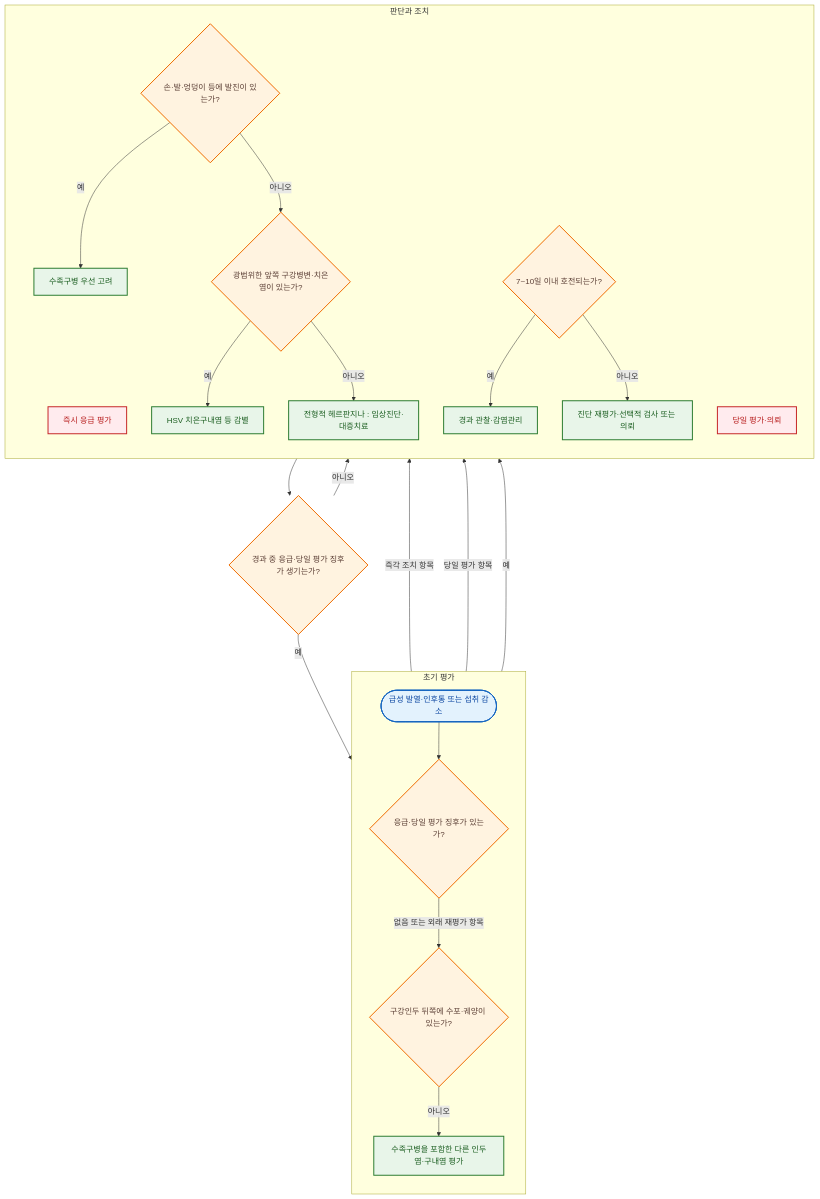
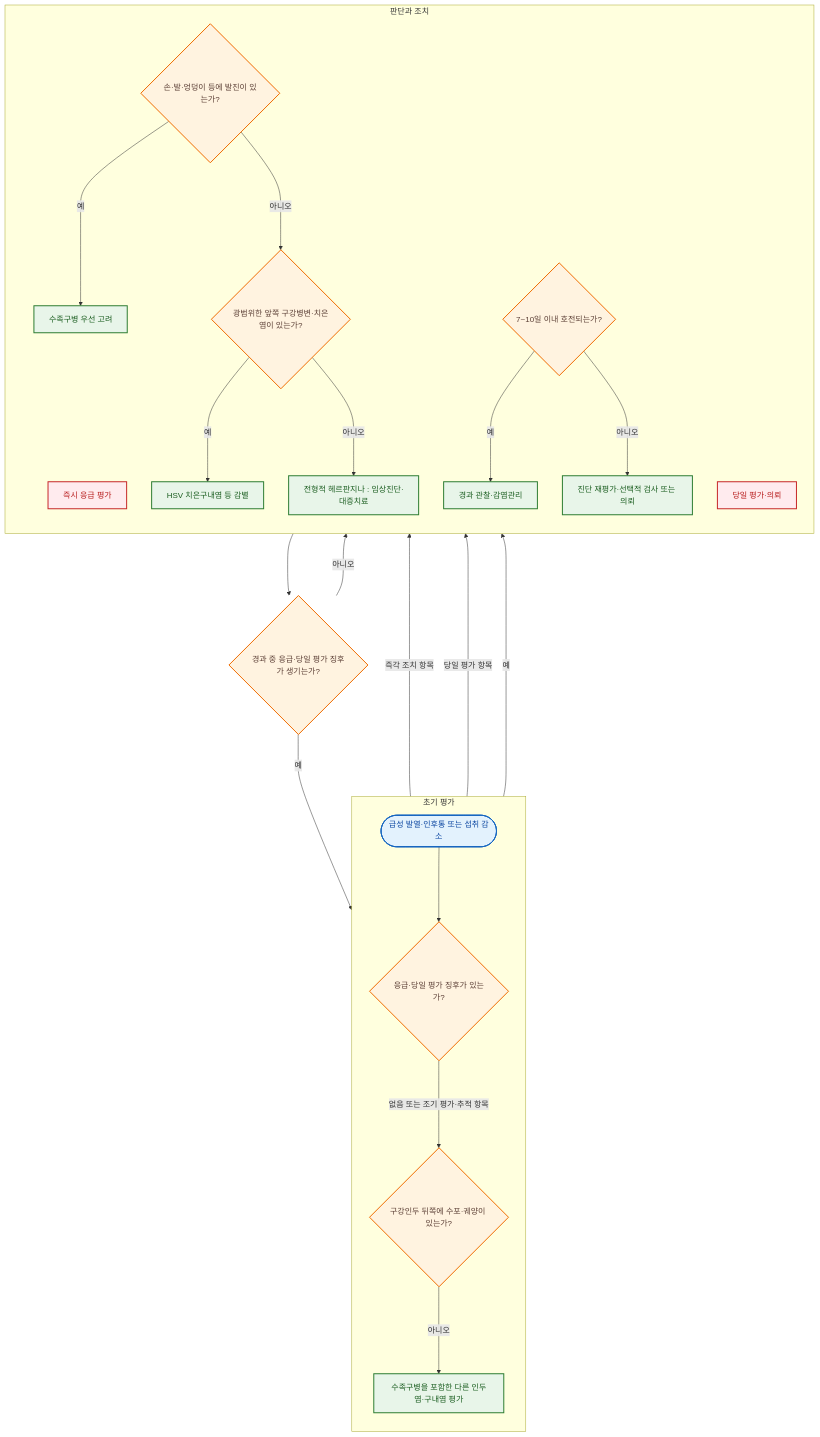
One commit to familyoh77/familyoh77 changed the diagram in 230_/199_-herpangina.md. Above: the diagram before and after it, drawn with Mermaid. The commit also changed other lines of this file and 11 other files, not shown here.

````diff
--- a/230_/199_-herpangina.md
+++ b/230_/199_-herpangina.md
@@ -94,45 +97,45 @@
 ```mermaid
 flowchart TB
     subgraph A["초기 평가"]
         direction TB
-        A1(["급성 발열·인후통 또는 섭취 감소"]) --> A3{"응급·당일 평가 징후가 있는가?"}
-        A3 -->|없음 또는 외래 재평가 항목| A2{"구강인두 뒤쪽에 수포·궤양이 있는가?"}
-        A2 -->|아니오| A4["수족구병을 포함한 다른 인두염·구내염 평가"]
+        A1(["급성 발열·인후통 또는 섭취 감소"]) ---> A3{"응급·당일 평가 징후가 있는가?"}
+        A3 --->|없음 또는 조기 평가·추적 항목| A2{"구강인두 뒤쪽에 수포·궤양이 있는가?"}
+        A2 --->|아니오| A4["수족구병을 포함한 다른 인두염·구내염 평가"]
     end
 
     subgraph B["판단과 조치"]
         direction TB
         B1["즉시 응급 평가"]
         Same["당일 평가·의뢰"]
         B2{"손·발·엉덩이 등에 발진이 있는가?"}
         B3["수족구병 우선 고려"]
         B4{"광범위한 앞쪽 구강병변·치은염이 있는가?"}
         B5["HSV 치은구내염 등 감별"]
         B6["전형적 헤르판지나 : 임상진단·대증치료"]
         B7{"7~10일 이내 호전되는가?"}
         B8["경과 관찰·감염관리"]
         B9["진단 재평가·선택적 검사 또는 의뢰"]
     end
 
-    A3 -->|즉각 조치 항목| B1
-    A3 -->|당일 평가 항목| Same
-    A2 -->|예| B2
-    B2 -->|예| B3
-    B2 -->|아니오| B4
-    B4 -->|예| B5
-    B4 -->|아니오| B6
-    B6 --> W{"경과 중 응급·당일 평가 징후가 생기는가?"}
-    W -->|예| A3
-    W -->|아니오| B7
-    B7 -->|예| B8
-    B7 -->|아니오| B9
+    A3 --->|즉각 조치 항목| B1
+    A3 --->|당일 평가 항목| Same
+    A2 --->|예| B2
+    B2 --->|예| B3
+    B2 --->|아니오| B4
+    B4 --->|예| B5
+    B4 --->|아니오| B6
+    B6 ---> W{"경과 중 응급·당일 평가 징후가 생기는가?"}
+    W --->|예| A3
+    W --->|아니오| B7
+    B7 --->|예| B8
+    B7 --->|아니오| B9
 
     classDef start fill:#e3f2fd,stroke:#1565c0,color:#0d47a1,stroke-width:2px;
     classDef decision fill:#fff3e0,stroke:#ef6c00,color:#5d4037,stroke-width:2px;
     classDef danger fill:#ffebee,stroke:#c62828,color:#b71c1c,stroke-width:2px;
     classDef action fill:#e8f5e9,stroke:#2e7d32,color:#1b5e20,stroke-width:2px;
     class A1 start;
     class A2,A3,B2,B4,B7,W decision;
     class B1,Same danger;
     class A4,B3,B5,B6,B8,B9 action;
 ```
````
